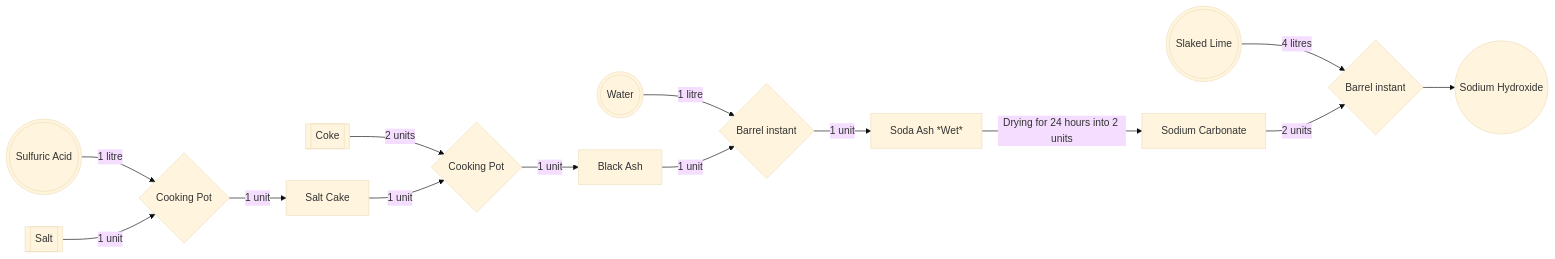
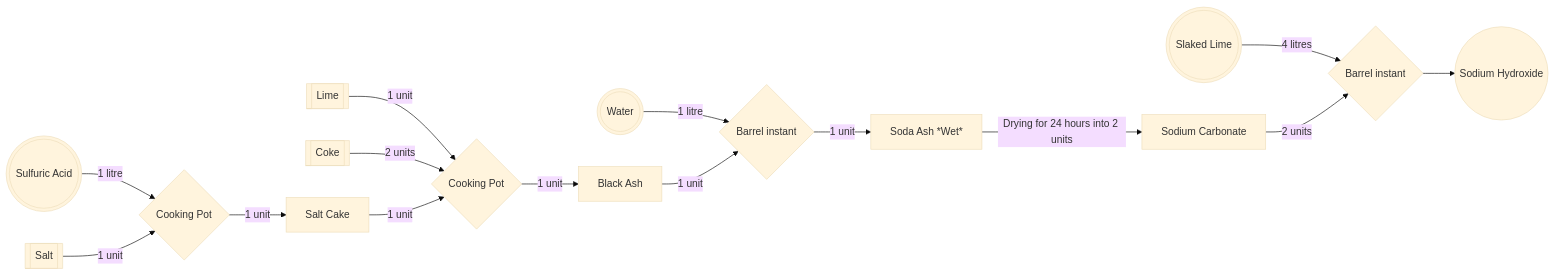
The first of 4 diagrams in README.md (KesslerMentele/VintageStory-EnhancedFirearms), drawn with Mermaid (base theme) before and after one commit.

Commit message:
added lime to black ash recipe in README.md

````diff
--- a/README.md
+++ b/README.md
@@ -6,47 +6,48 @@
 ```mermaid
 flowchart LR
 
 %% Existing Items
     salt[[Salt]]
     coke[[Coke]]
+    lime[[Lime]]
 
 %% Existing Fluids
     sulfuric(((Sulfuric Acid)))
     slakedLime(((Slaked Lime)))
     water(((Water)))
 
 %% New Fluids
     sodiumHydroxide((Sodium Hydroxide))
 
 %% New Items
     sodiumCarb[Sodium Carbonate]
     saltCake[Salt Cake]
     blackAsh[Black Ash]
     sodaAshWet[Soda Ash *Wet*]
 
 %% Processing
     cookSulfate{Cooking Pot}
     cookAsh{Cooking Pot}
     soakAsh{Barrel instant}
     soakCarb{Barrel instant}
 
 %% Ratios
     sulfuric -- 1 litre --> cookSulfate
     salt-- 1 unit --> cookSulfate
     cookSulfate -- 1 unit --> saltCake
 
-
+    lime -- 1 unit --> cookAsh
     coke -- 2 units --> cookAsh
     saltCake -- 1 unit --> cookAsh
     cookAsh -- 1 unit --> blackAsh
 
     water -- 1 litre --> soakAsh
     blackAsh -- 1 unit --> soakAsh
     soakAsh -- 1 unit --> sodaAshWet
 
     sodaAshWet -- Drying for 24 hours into 2 units--> sodiumCarb
 
     slakedLime -- 4 litres --> soakCarb
     sodiumCarb -- 2 units --> soakCarb
     soakCarb --> sodiumHydroxide
 ```
````
